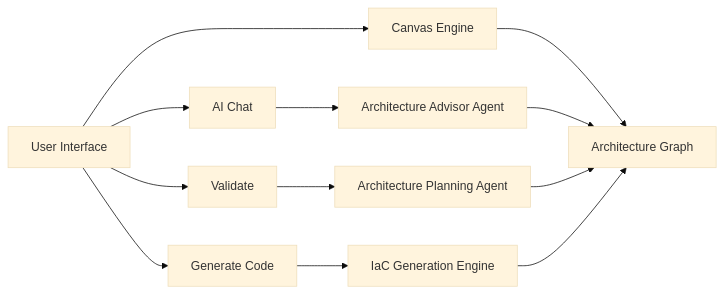
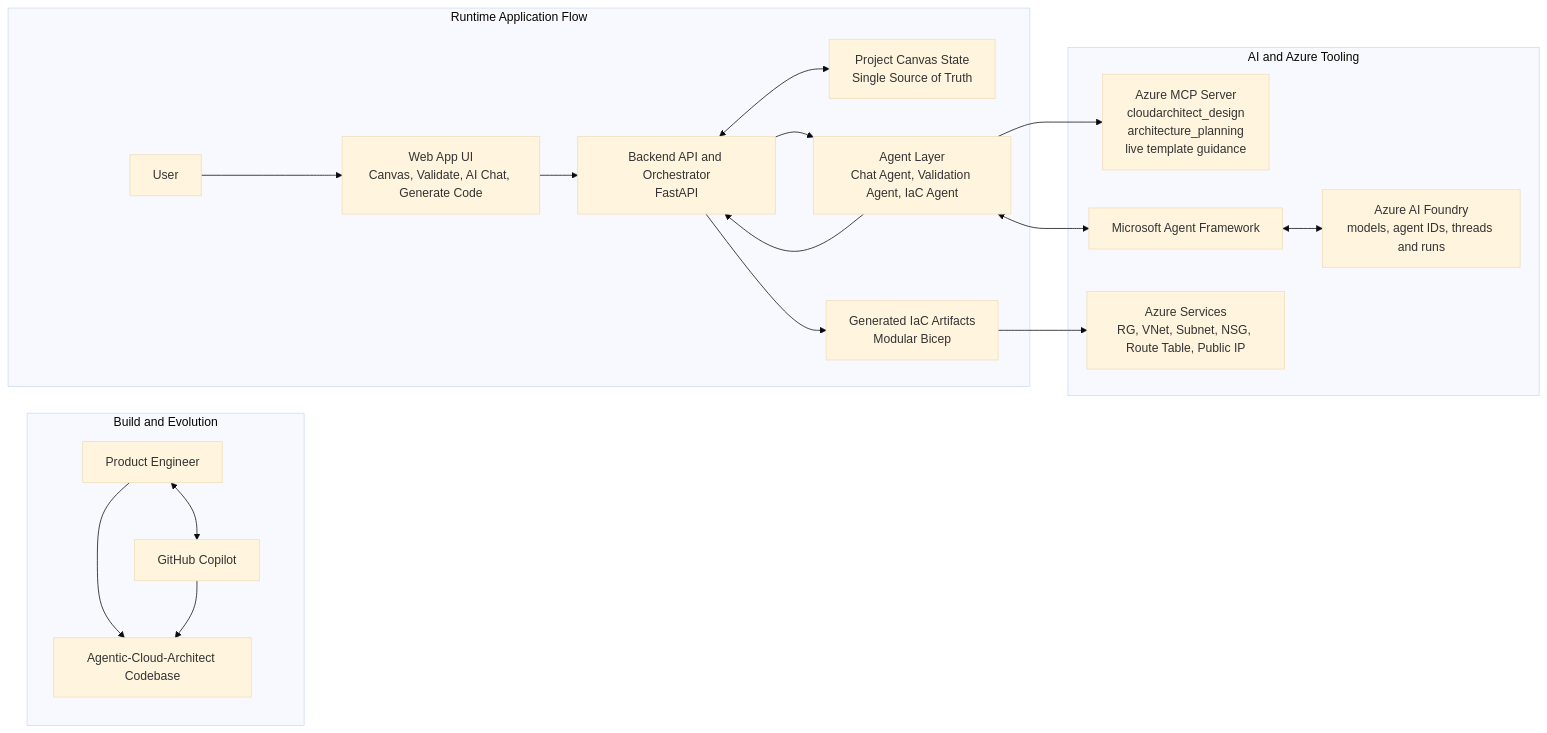
The diagram in README.md (dashanan13/Agentic-Cloud-Architect), drawn with Mermaid (base theme) before and after one commit. The commit also changed other lines of this file, not shown here.

````diff
--- a/README.md
+++ b/README.md
@@ -191,17 +191,39 @@
 ```mermaid
 flowchart LR
-  UI["User Interface"] --> Canvas["Canvas Engine"]
-  Canvas --> Graph["Architecture Graph"]
+  subgraph BuildLane["Build and Evolution"]
+    Engineer["Product Engineer"]
+    Copilot["GitHub Copilot"]
+    Repo["Agentic-Cloud-Architect Codebase"]
+    Engineer <--> Copilot
+    Engineer --> Repo
+    Copilot --> Repo
+  end
 
-  UI --> Chat["AI Chat"]
-  Chat --> Advisor["Architecture Advisor Agent"]
-  Advisor --> Graph
+  subgraph RuntimeLane["Runtime Application Flow"]
+    User["User"]
+    UI["Web App UI<br/>Canvas, Validate, AI Chat, Generate Code"]
+    API["Backend API and Orchestrator<br/>FastAPI"]
+    Graph["Project Canvas State<br/>Single Source of Truth"]
+    Agents["Agent Layer<br/>Chat Agent, Validation Agent, IaC Agent"]
+    IaC["Generated IaC Artifacts<br/>Modular Bicep"]
 
-  UI --> Validate["Validate"]
-  Validate --> Planner["Architecture Planning Agent"]
-  Planner --> Graph
+    User --> UI
+    UI --> API
+    API <--> Graph
+    API --> Agents
+    Agents --> API
+    API --> IaC
+  end
 
-  UI --> Generate["Generate Code"]
-  Generate --> IaC["IaC Generation Engine"]
-  IaC --> Graph
+  subgraph ToolingLane["AI and Azure Tooling"]
+    MCP["Azure MCP Server<br/>cloudarchitect_design<br/>architecture_planning<br/>live template guidance"]
+    AF["Microsoft Agent Framework"]
+    Foundry["Azure AI Foundry<br/>models, agent IDs, threads and runs"]
+    Azure["Azure Services<br/>RG, VNet, Subnet, NSG, Route Table, Public IP"]
+  end
+
+  Agents --> MCP
+  Agents <--> AF
+  AF <--> Foundry
+  IaC --> Azure
 ```
````
